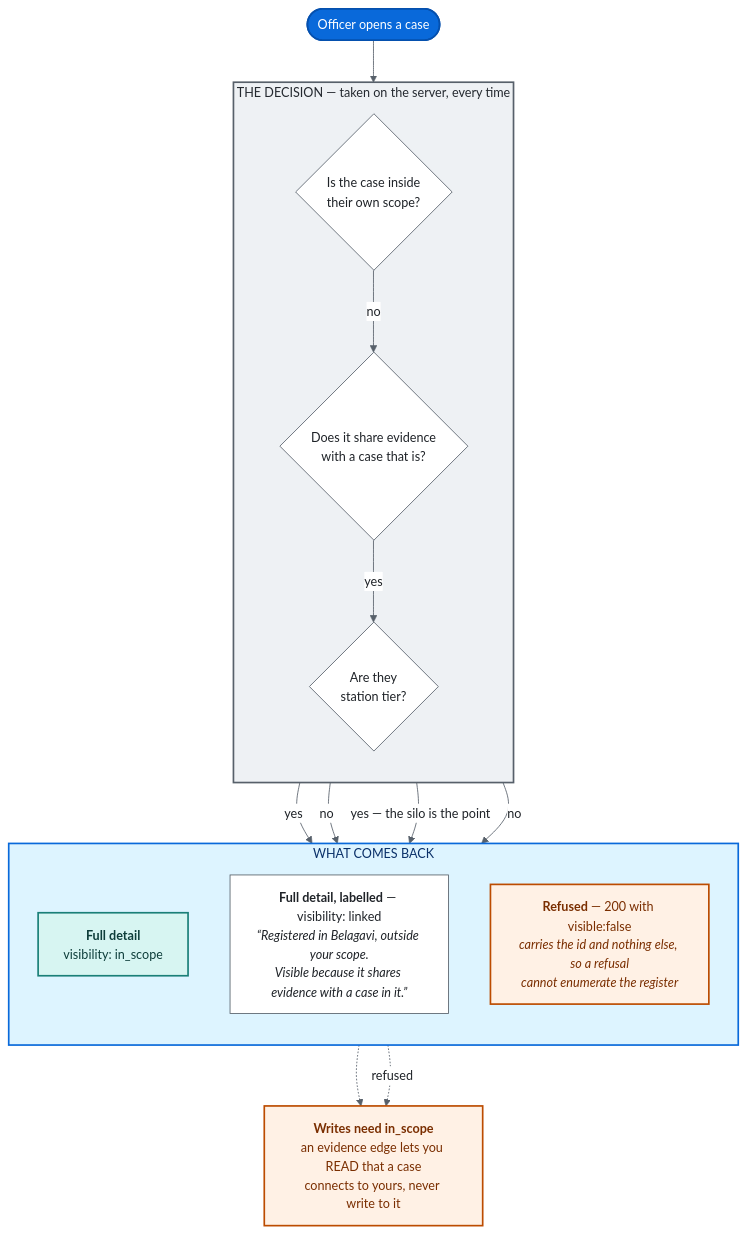
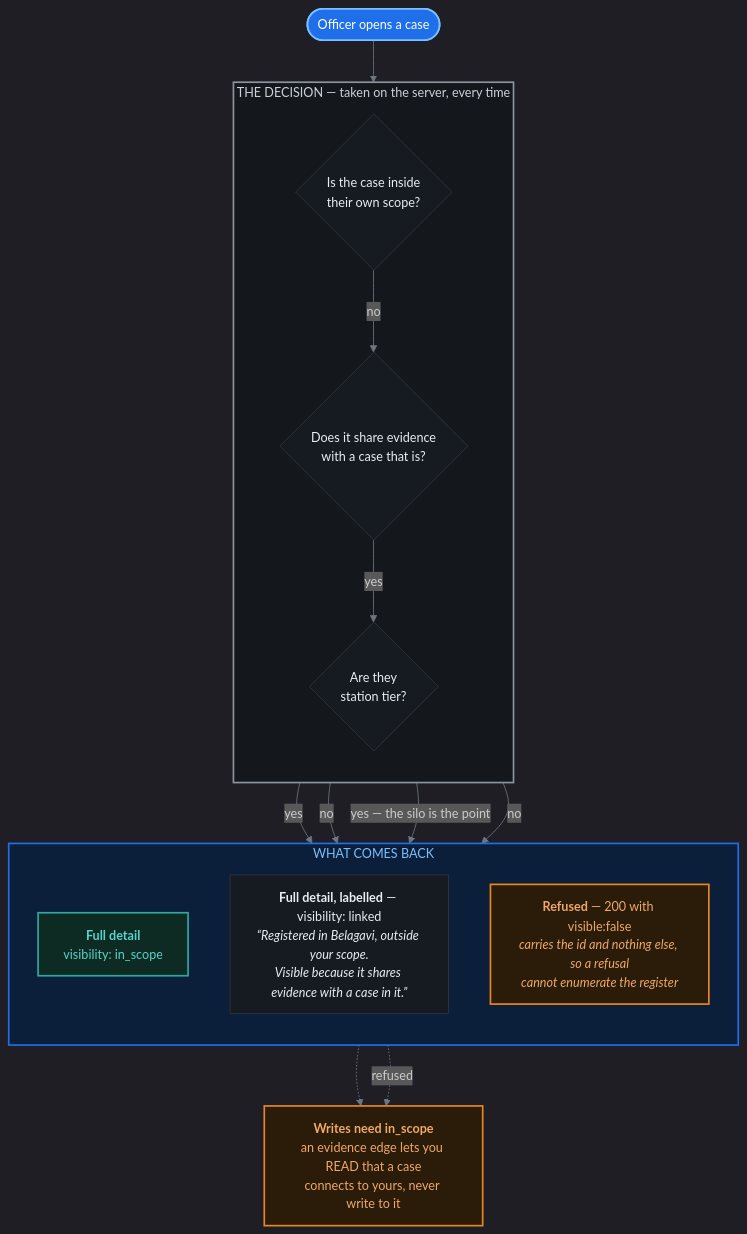
The fourth of 6 diagrams in README.md (adarshcod30/Kadi), drawn with Mermaid before and after one commit. The commit also changed other lines of this file, not shown here.

First line of the commit message:
Go back to the dark diagrams

````diff
--- a/README.md
+++ b/README.md
@@ -430,43 +430,43 @@
 ```mermaid
-%%{init: {'theme':'base','themeVariables':{'fontSize':'15px','lineColor':'#57606a','primaryTextColor':'#1f2328','edgeLabelBackground':'#ffffff'}}}%%
+%%{init: {'theme':'dark','themeVariables':{'fontSize':'15px','lineColor':'#6e7681','primaryTextColor':'#e6edf3'}}}%%
 flowchart TD
     Q(["Officer opens a case"])
 
     subgraph DEC["THE DECISION — taken on the server, every time"]
         direction TB
         S{"Is the case inside<br/>their own scope?"}
         L{"Does it share evidence<br/>with a case that is?"}
         T{"Are they<br/>station tier?"}
         S -->|no| L
         L -->|yes| T
     end
 
     subgraph RES["WHAT COMES BACK"]
         direction TB
         FULL["<b>Full detail</b><br/>visibility: in_scope"]
         LINK["<b>Full detail, labelled</b> — visibility: linked<br/><i>“Registered in Belagavi, outside your scope.<br/>Visible because it shares evidence with a case in it.”</i>"]
         DENY["<b>Refused</b> — 200 with visible:false<br/><i>carries the id and nothing else, so a refusal<br/>cannot enumerate the register</i>"]
     end
 
     W["<b>Writes need in_scope</b><br/>an evidence edge lets you READ that a case<br/>connects to yours, never write to it"]
 
     Q --> S
     S -->|yes| FULL
     L -->|no| DENY
     T -->|"yes — the silo is the point"| DENY
     T -->|no| LINK
     FULL -.-> W
     LINK -.->|refused| W
 
-    classDef box   fill:#ffffff,stroke:#57606a,stroke-width:1px,color:#1f2328
-    classDef good  fill:#d7f5f2,stroke:#1a7f78,stroke-width:2px,color:#0d3d3a
-    classDef warn  fill:#fff1e5,stroke:#bc4c00,stroke-width:2px,color:#7a2e00
-    classDef actor fill:#0969da,stroke:#0550ae,stroke-width:2px,color:#ffffff
+    classDef box   fill:#161b22,stroke:#30363d,stroke-width:1px,color:#e6edf3
+    classDef good  fill:#0d2b22,stroke:#2FA8A0,stroke-width:2px,color:#56d4cc
+    classDef warn  fill:#2b1b09,stroke:#E8871E,stroke-width:2px,color:#f0a868
+    classDef actor fill:#1f6feb,stroke:#79c0ff,stroke-width:2px,color:#ffffff
     class S,L,T,LINK box
     class FULL good
     class DENY,W warn
     class Q actor
 
-    style DEC fill:#eef1f4,stroke:#57606a,stroke-width:2px,color:#24292f
-    style RES fill:#ddf4ff,stroke:#0969da,stroke-width:2px,color:#0a3069
+    style DEC fill:#14181d,stroke:#8b949e,stroke-width:2px,color:#c9d1d9
+    style RES fill:#0b1f3a,stroke:#1f6feb,stroke-width:2px,color:#79c0ff
 ```
````
